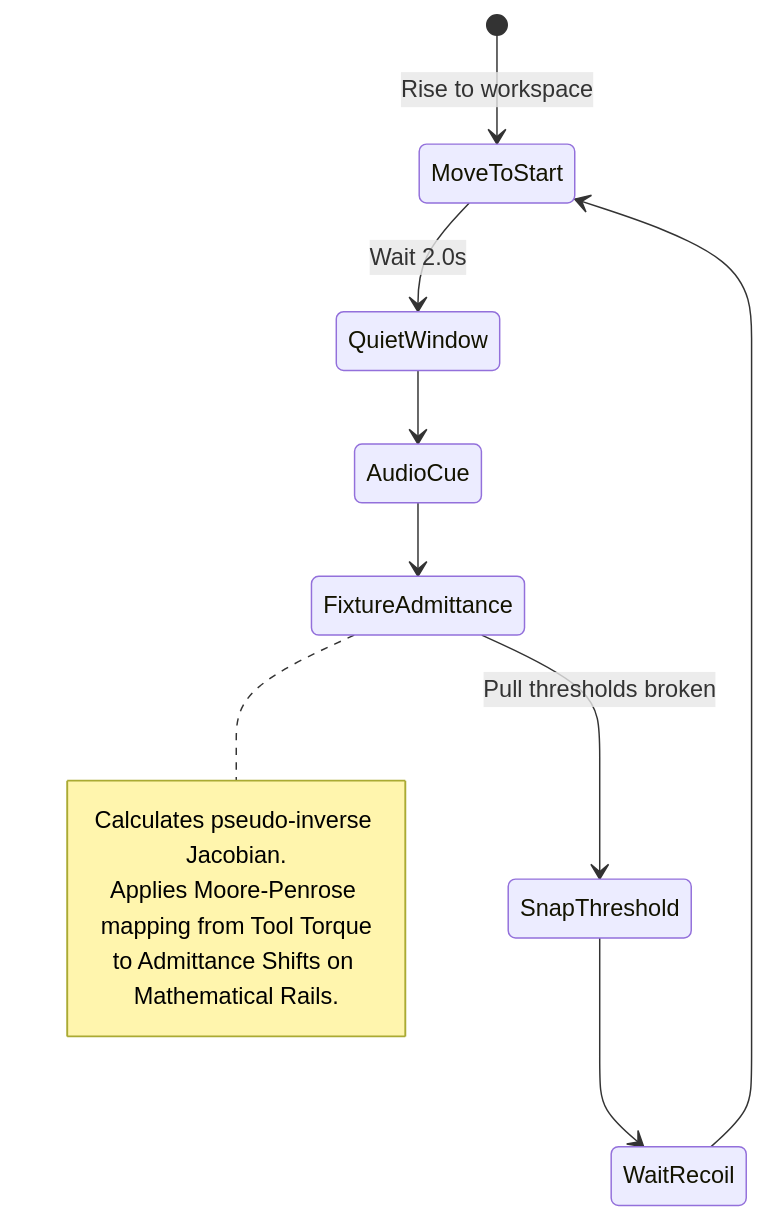
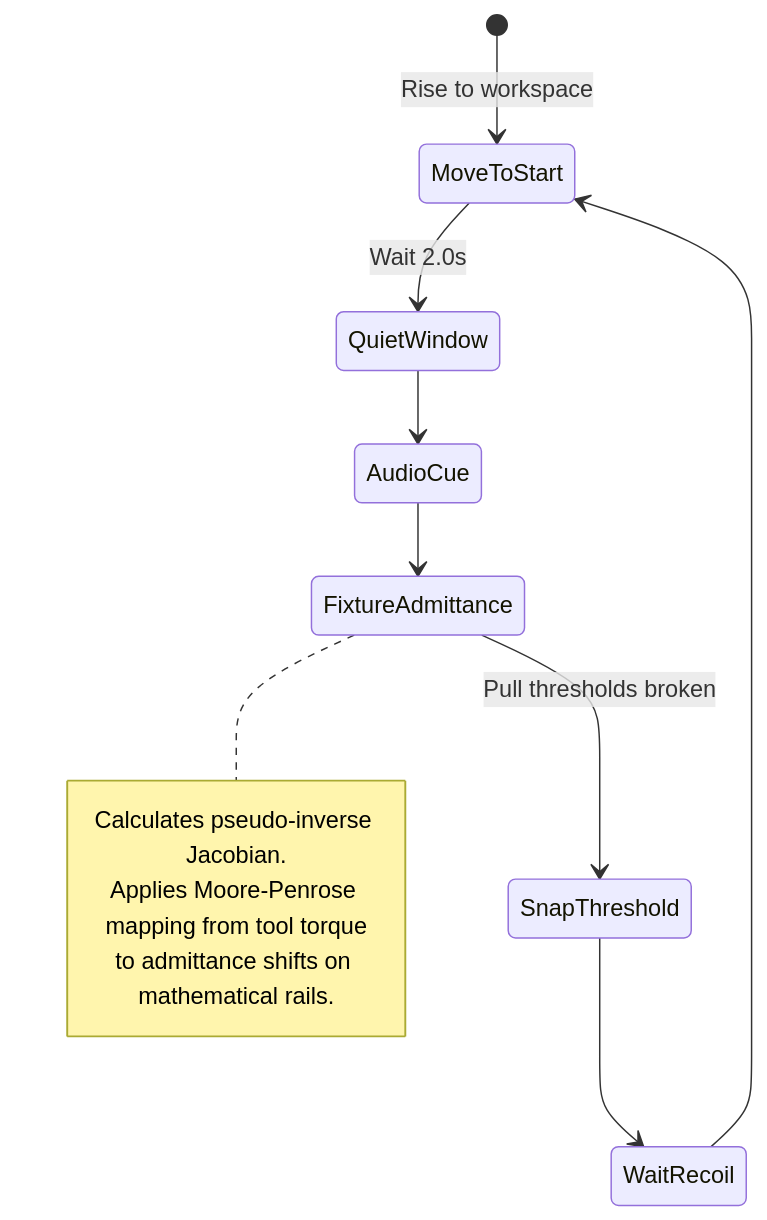
Before and after one commit to sinthlab/sinthlab-kuka-stack: the fourth of 5 diagrams in README.md, drawn with Mermaid. The commit also changed other lines of this file, not shown here.

````diff
--- a/README.md
+++ b/README.md
@@ -170,15 +313,15 @@
 ```mermaid
 stateDiagram-v2
     [*] --> MoveToStart : Rise to workspace
     MoveToStart --> QuietWindow : Wait 2.0s
     QuietWindow --> AudioCue
     AudioCue --> FixtureAdmittance
     note right of FixtureAdmittance
       Calculates pseudo-inverse Jacobian.
-      Applies Moore-Penrose mapping from Tool Torque
-      to Admittance Shifts on Mathematical Rails.
+      Applies Moore-Penrose mapping from tool torque
+      to admittance shifts on mathematical rails.
     end note
     FixtureAdmittance --> SnapThreshold : Pull thresholds broken
     SnapThreshold --> WaitRecoil
     WaitRecoil --> MoveToStart
 ```
````
